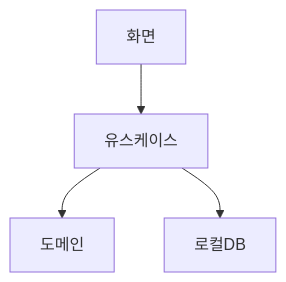
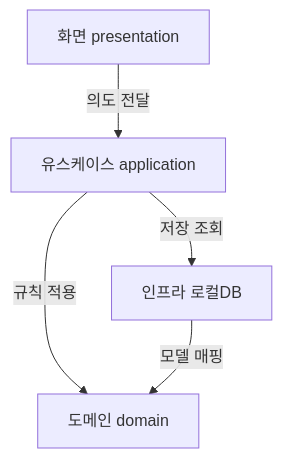
One commit to jeseokmun/dev-docs-rules changed the first of 2 diagrams in _tools/_fixtures/out-DEV-30.md. Above: the diagram before and after it, drawn with Mermaid. The commit also changed other lines of this file and 129 other files, not shown here.

````diff
--- a/_tools/_fixtures/out-DEV-30.md
+++ b/_tools/_fixtures/out-DEV-30.md
@@ -23,10 +23,11 @@
 ```mermaid
 flowchart TD
-  A[화면]
-  B[유스케이스]
-  C[도메인]
-  D[로컬DB]
-  A --> B
-  B --> C
-  B --> D
+  A[화면 presentation]
+  B[유스케이스 application]
+  C[도메인 domain]
+  D[인프라 로컬DB]
+  A -->|의도 전달| B
+  B -->|규칙 적용| C
+  B -->|저장 조회| D
+  D -->|모델 매핑| C
 ```
````
